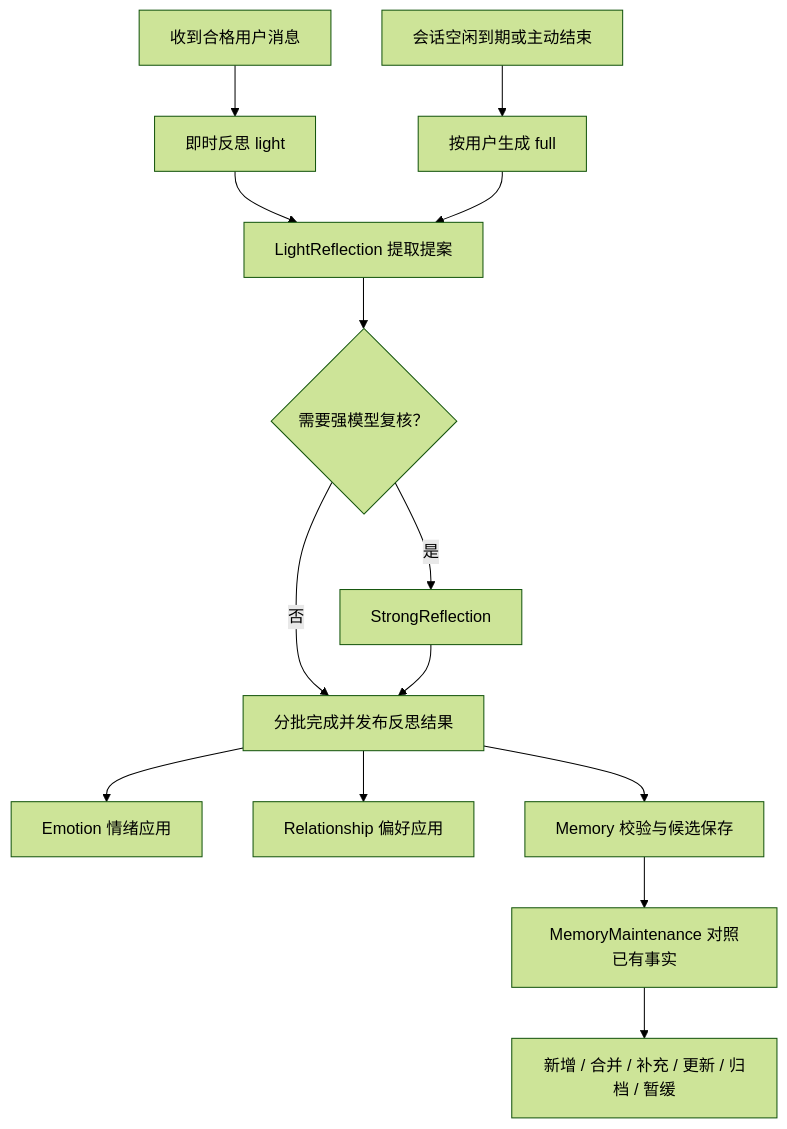
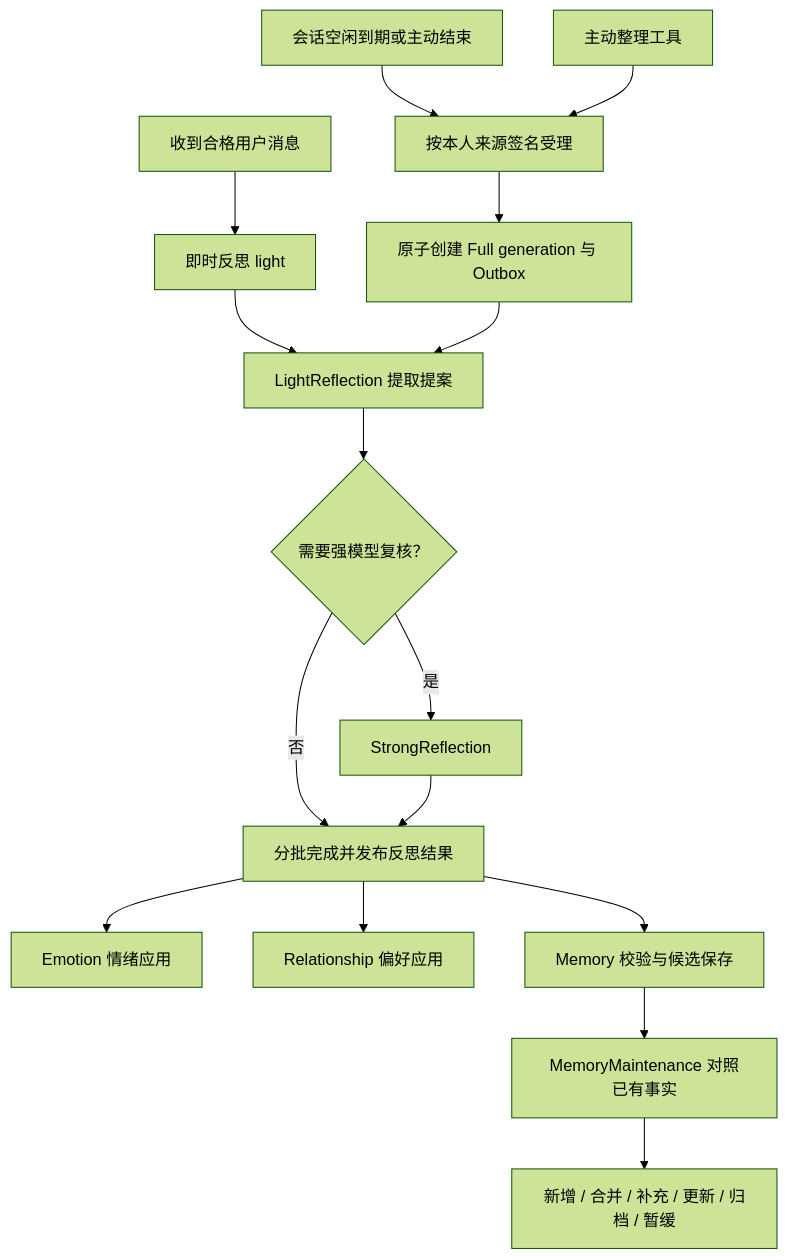
Before and after one commit to Raspberry-Monster/Wonder: the diagram in docs/reflection-memory.md, drawn with Mermaid (forest theme). The commit also changed other lines of this file and 99 other files, not shown here.

````diff
--- a/docs/reflection-memory.md
+++ b/docs/reflection-memory.md
@@ -7,16 +7,18 @@
 ```mermaid
 flowchart TD
     MSG[收到合格用户消息] --> LIGHT[即时反思 light]
-    END[会话空闲到期或主动结束] --> FULL[按用户生成 full]
+    END[会话空闲到期或主动结束] --> ADMIT[按本人来源签名受理]
+    TOOL[主动整理工具] --> ADMIT
+    ADMIT --> FULL[原子创建 Full generation 与 Outbox]
     LIGHT --> LLM[LightReflection 提取提案]
     FULL --> LLM
     LLM --> CHECK{需要强模型复核？}
     CHECK -->|是| STRONG[StrongReflection]
     CHECK -->|否| RESULT[分批完成并发布反思结果]
     STRONG --> RESULT
     RESULT --> EMOTION[Emotion 情绪应用]
     RESULT --> RELATION[Relationship 偏好应用]
     RESULT --> MEMORY[Memory 校验与候选保存]
     MEMORY --> MAINTAIN[MemoryMaintenance 对照已有事实]
     MAINTAIN --> OUT[新增 / 合并 / 补充 / 更新 / 归档 / 暂缓]
 ```
````
